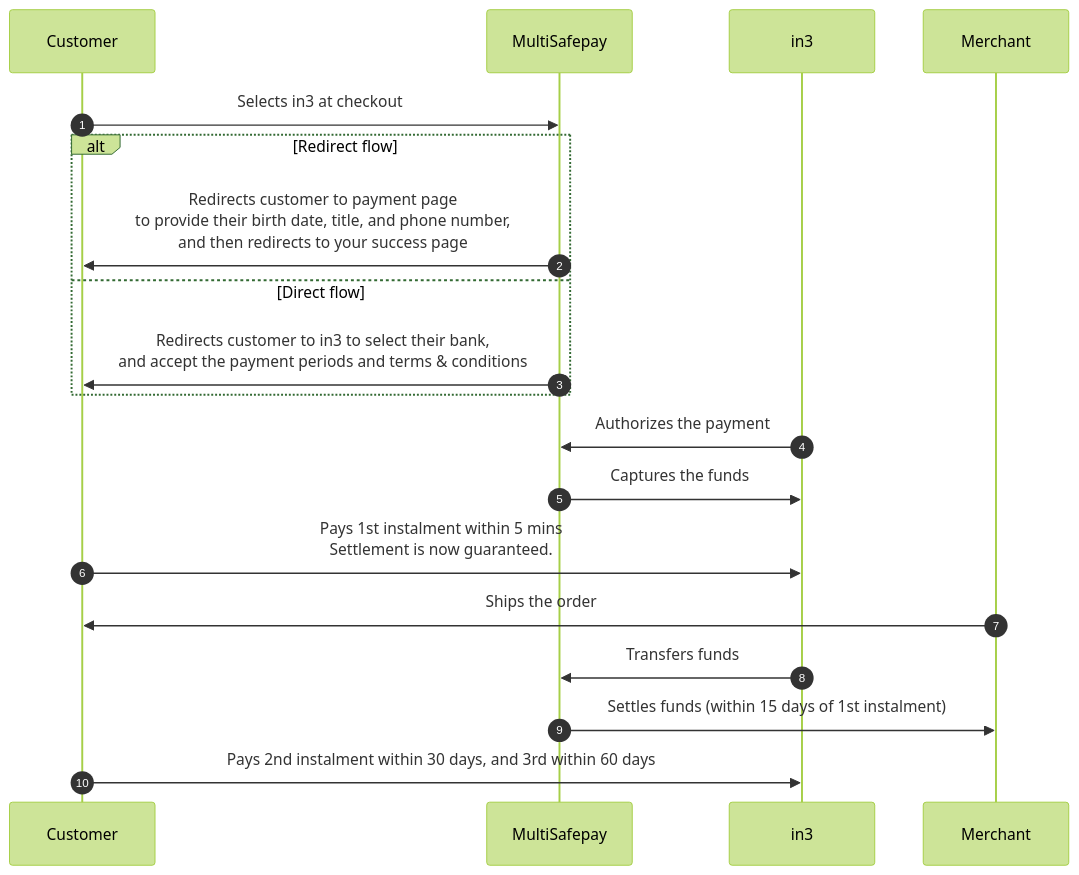
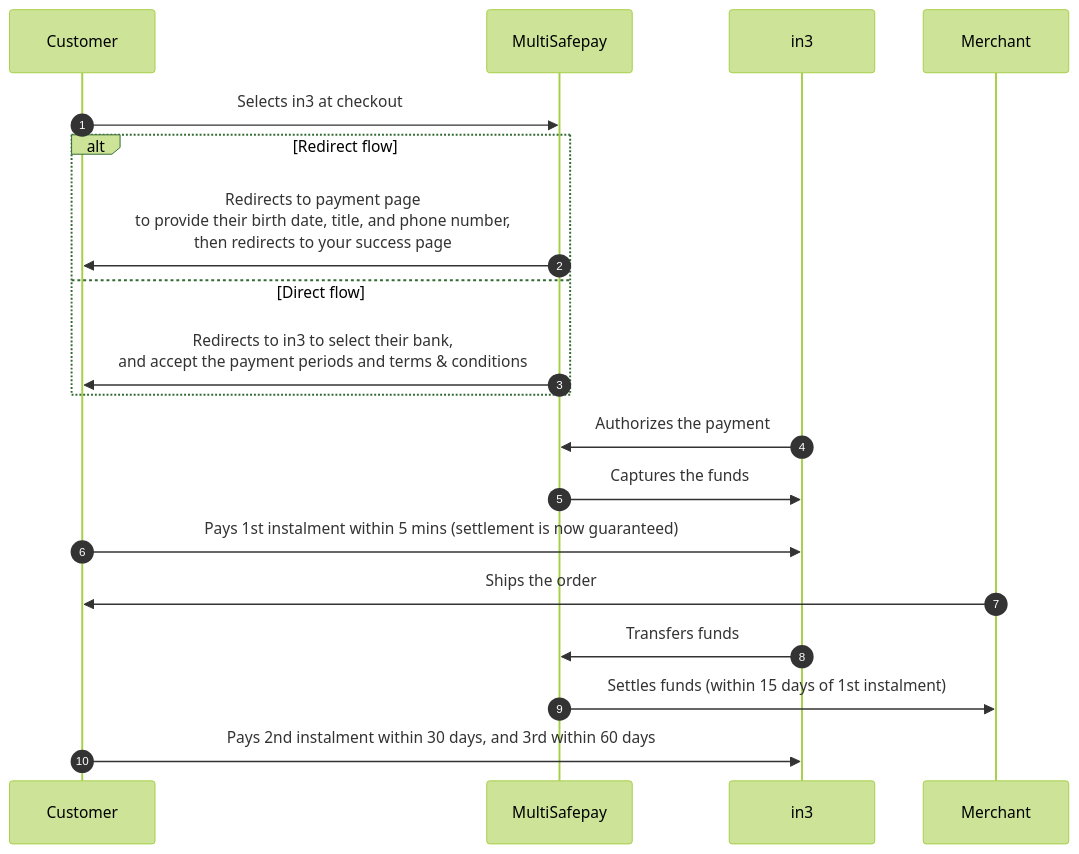
One commit to MultiSafepay/docs changed the diagram in content/payments/methods/pay-later/in3/payment-flow.md. Above: the diagram before and after it, drawn with Mermaid (forest theme). The commit also changed other lines of this file and 35 other files, not shown here.

```diff
--- a/content/payments/methods/pay-later/in3/payment-flow.md
+++ b/content/payments/methods/pay-later/in3/payment-flow.md
@@ -17,24 +17,24 @@
 {{< mermaid class="text-center" >}}
 
 sequenceDiagram
     autonumber
     participant C as Customer
     participant Mu as MultiSafepay
     participant I as in3
     participant Me as Merchant
 
     C->>Mu: Selects in3 at checkout
     alt Redirect flow
-    Mu->>C: Redirects customer to payment page <br> to provide their birth date, title, and phone number, <br> and then redirects to your success page
+    Mu->>C: Redirects to payment page <br> to provide their birth date, title, and phone number, <br> then redirects to your success page
     else Direct flow
-    Mu->>C: Redirects customer to in3 to select their bank, <br> and accept the payment periods and terms & conditions
+    Mu->>C: Redirects to in3 to select their bank, <br> and accept the payment periods and terms & conditions
     end
     I->>Mu: Authorizes the payment
     Mu->>I: Captures the funds
-    C->>I: Pays 1st instalment within 5 mins <br> Settlement is now guaranteed.
+    C->>I: Pays 1st instalment within 5 mins (settlement is now guaranteed)
     Me->>C: Ships the order 
     I->>Mu: Transfers funds 
     Mu->>Me: Settles funds (within 15 days of 1st instalment)
     C->>I: Pays 2nd instalment within 30 days, and 3rd within 60 days 
 
 {{< /mermaid >}}
```
